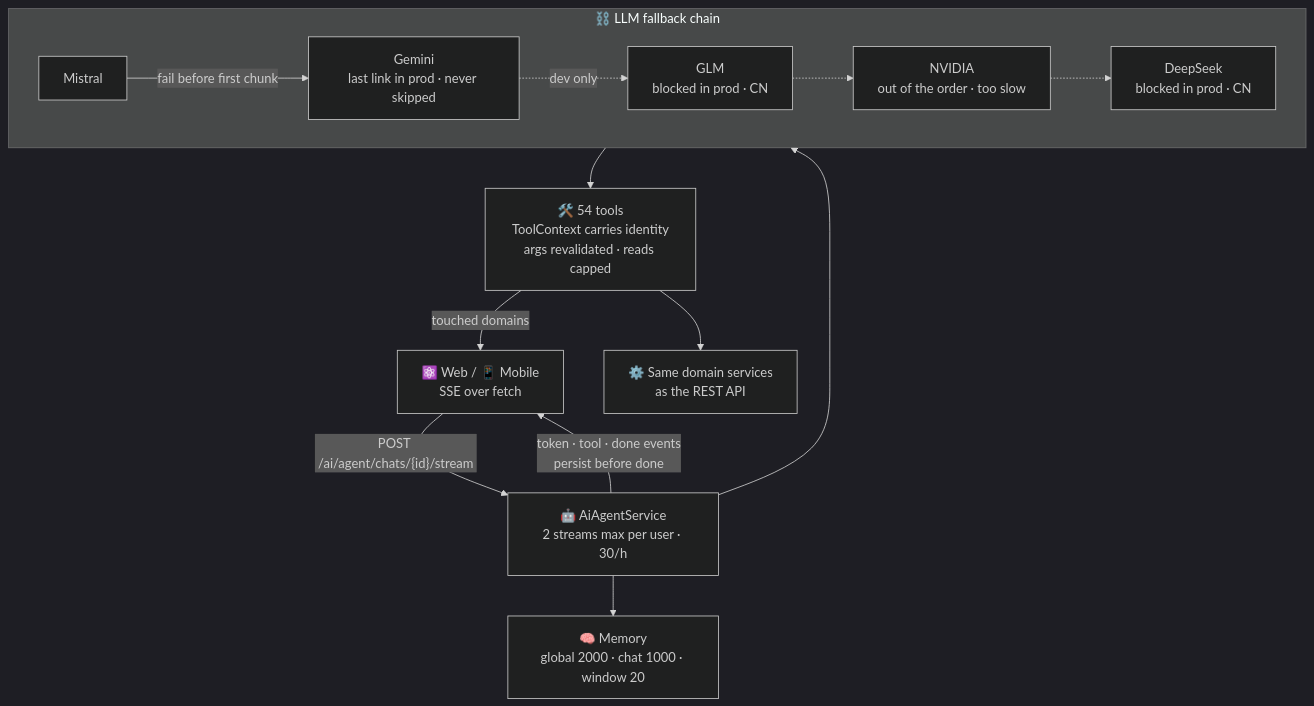
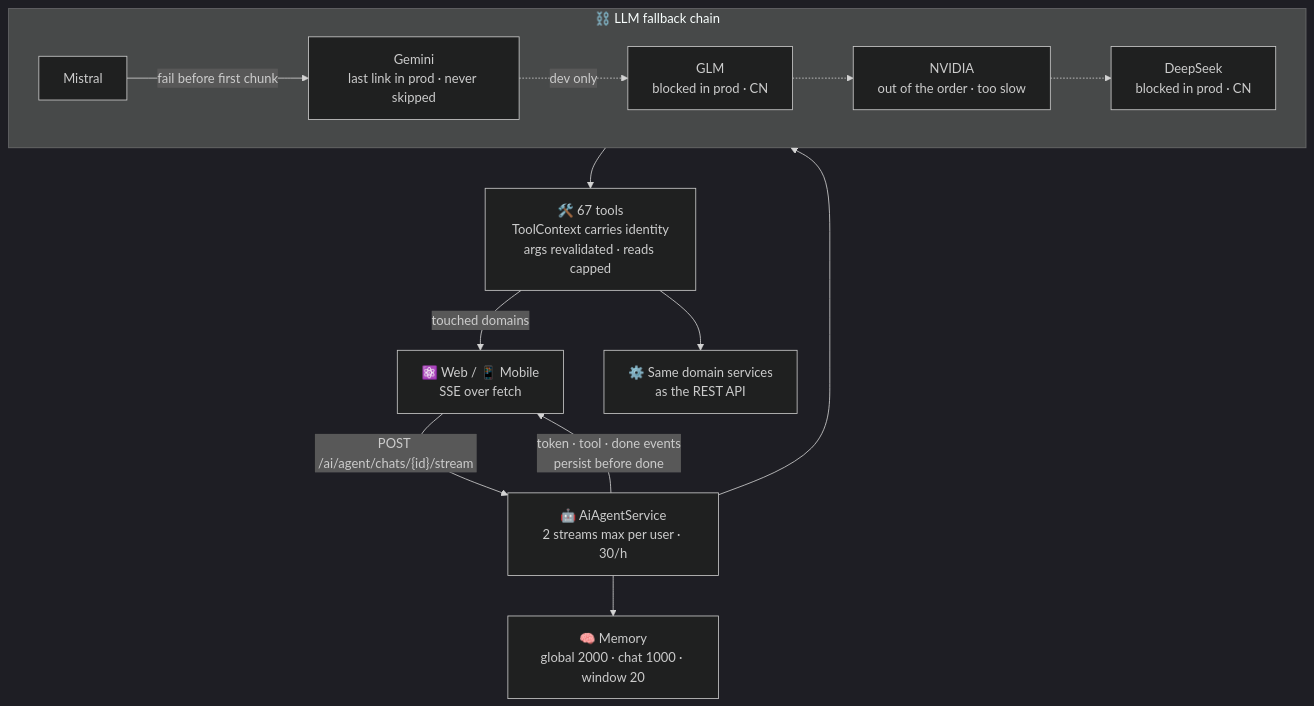
The diagram in architecture/ai-agent/diagram.mmd (AndDev741/Beyou-arch-design), drawn with Mermaid (dark theme) before and after one commit. The commit also changed 33 other files, not shown here.

```diff
--- a/architecture/ai-agent/diagram.mmd
+++ b/architecture/ai-agent/diagram.mmd
@@ -1,19 +1,19 @@
 flowchart TD
   C["⚛️ Web / 📱 Mobile<br/>SSE over fetch"]
   C -->|"POST /ai/agent/chats/{id}/stream"| SVC["🤖 AiAgentService<br/>2 streams max per user · 30/h"]
 
   SVC --> MEM["🧠 Memory<br/>global 2000 · chat 1000 · window 20"]
   SVC --> CHAIN["⛓️ Fallback chain"]
 
   subgraph CHAIN["⛓️ LLM fallback chain"]
     P1["Mistral"] -->|"fail before first chunk"| P2["Gemini<br/>last link in prod · never skipped"]
     P2 -.->|"dev only"| P3["GLM<br/>blocked in prod · CN"]
     P3 -.-> P4["NVIDIA<br/>out of the order · too slow"]
     P4 -.-> P5["DeepSeek<br/>blocked in prod · CN"]
   end
 
-  CHAIN --> TOOLS["🛠️ 54 tools<br/>ToolContext carries identity<br/>args revalidated · reads capped"]
+  CHAIN --> TOOLS["🛠️ 67 tools<br/>ToolContext carries identity<br/>args revalidated · reads capped"]
   TOOLS --> DOM["⚙️ Same domain services<br/>as the REST API"]
 
   SVC -->|"token · tool · done events<br/>persist before done"| C
   TOOLS -->|"touched domains"| C
```
